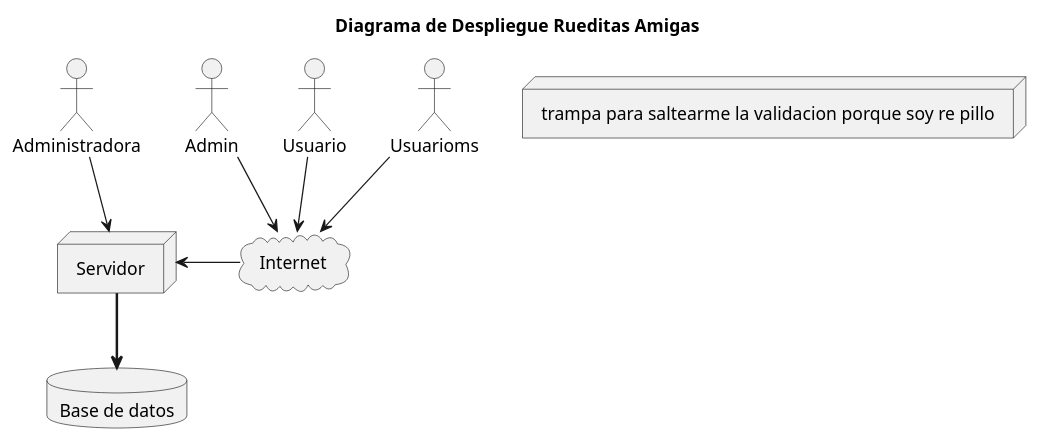
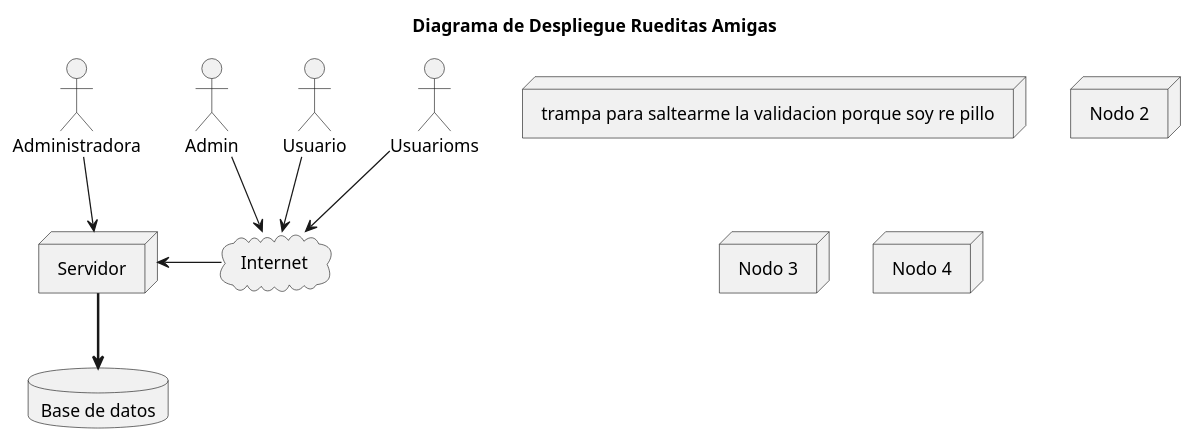
One commit to lrizzitano/RueditasAmigasDespliegue changed the diagram in diagrams/DiagramaDeDespliegue.puml. Above: the diagram before and after it, drawn with PlantUML.

Commit message:
pruebo muchos nodos

```diff
--- a/diagrams/DiagramaDeDespliegue.puml
+++ b/diagrams/DiagramaDeDespliegue.puml
@@ -1,30 +1,34 @@
 @startuml DiagramaDeDespliegue
 'https://plantuml.com/deployment-diagram
 
 title Diagrama de Despliegue Rueditas Amigas
 
 
 actor "Admin"
 actor "Usuario"
 actor "Administradora"
 actor "Usuarioms"
 
 
 cloud "Internet"
 
 node "Servidor"
 
 node "trampa para saltearme la validacion porque soy re pillo"
+node "Nodo 2"
+node "Nodo 3"
+node "Nodo 4"
+
 
 database "Base de datos"
 
 "Usuario" --> "Internet"
 "Admin" --> "Internet"
 "Usuarioms" --> "Internet"
 "Administradora" --> "Servidor"
 
 
 "Internet" -l-> "Servidor"
 
 "Servidor" -[bold]-> "Base de datos"
 @enduml
```
